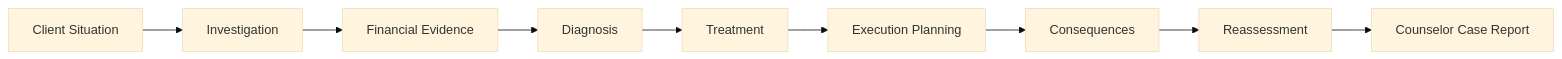
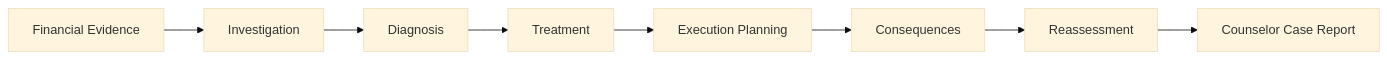
Before and after one commit to FTU-Legacy-63/G02: the diagram in README.md, drawn with Mermaid (base theme). The commit also changed other lines of this file, not shown here.

````diff
--- a/README.md
+++ b/README.md
@@ -68,11 +74,10 @@
 ```mermaid
 flowchart LR
-    A["Client Situation"] --> B["Investigation"]
-    B --> C["Financial Evidence"]
-    C --> D["Diagnosis"]
-    D --> E["Treatment"]
-    E --> F["Execution Planning"]
-    F --> G["Consequences"]
-    G --> H["Reassessment"]
-    H --> I["Counselor Case Report"]
+    A["Financial Evidence"] --> B["Investigation"]
+    B --> C["Diagnosis"]
+    C --> D["Treatment"]
+    D --> E["Execution Planning"]
+    E --> F["Consequences"]
+    F --> G["Reassessment"]
+    G --> H["Counselor Case Report"]
 ```
````
